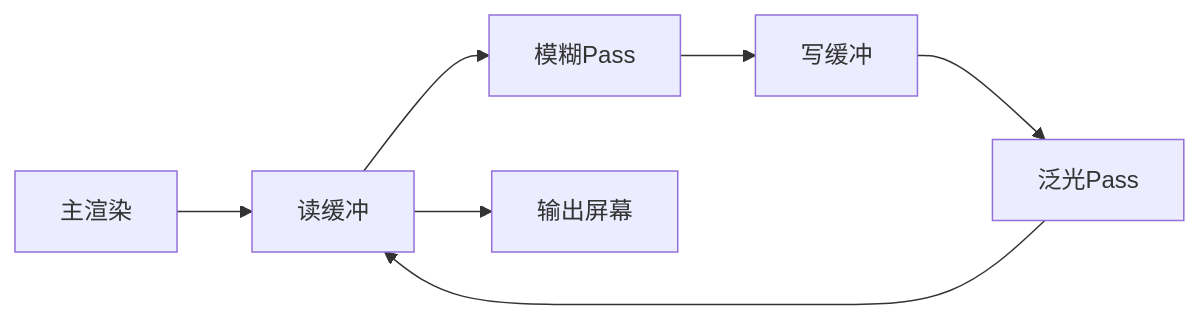
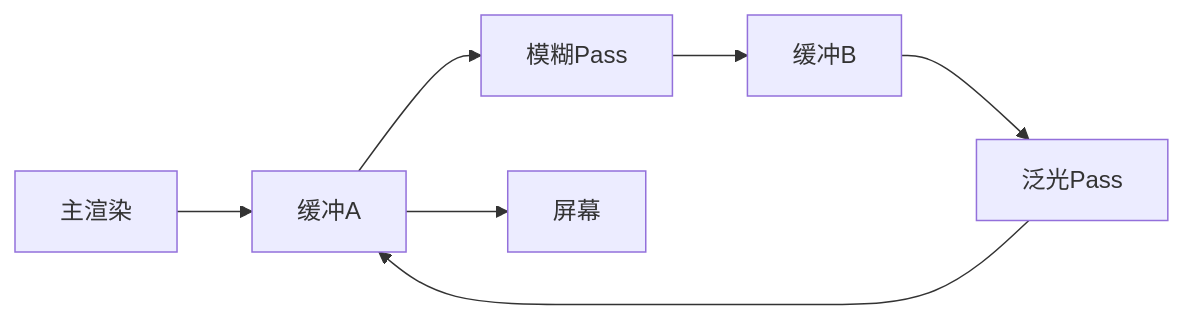
Before and after one commit to chenmijiang/L7: the third of 6 diagrams in person-docs/webgl-fundamentals.md, drawn with Mermaid. The commit also changed other lines of this file, not shown here.

````diff
--- a/person-docs/webgl-fundamentals.md
+++ b/person-docs/webgl-fundamentals.md
@@ -274,9 +114,9 @@
 ```mermaid
 flowchart LR
-    Render[主渲染] --> FBO_A[读缓冲]
-    FBO_A --> Pass1[模糊Pass]
-    Pass1 --> FBO_B[写缓冲]
-    FBO_B --> Pass2[泛光Pass]
-    Pass2 --> FBO_A
-    FBO_A --> Final[输出屏幕]
+    R[主渲染] --> A[缓冲A]
+    A --> P1[模糊Pass]
+    P1 --> B[缓冲B]
+    B --> P2[泛光Pass]
+    P2 --> A
+    A --> S[屏幕]
 ```
````
